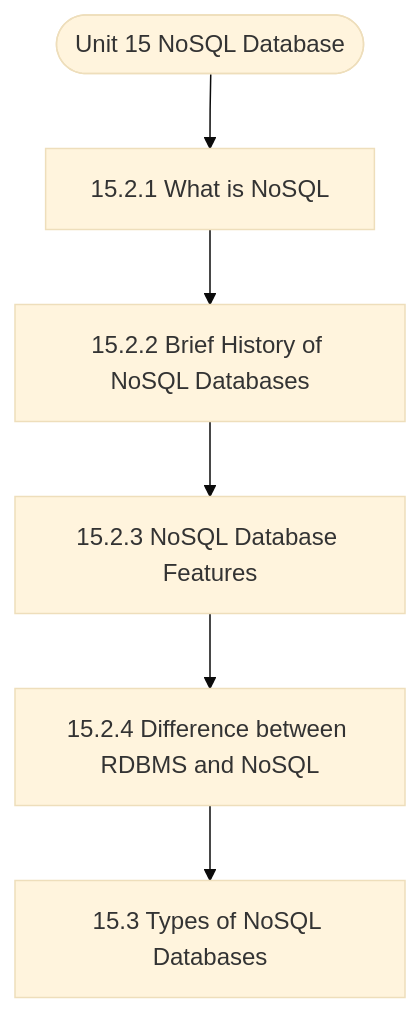
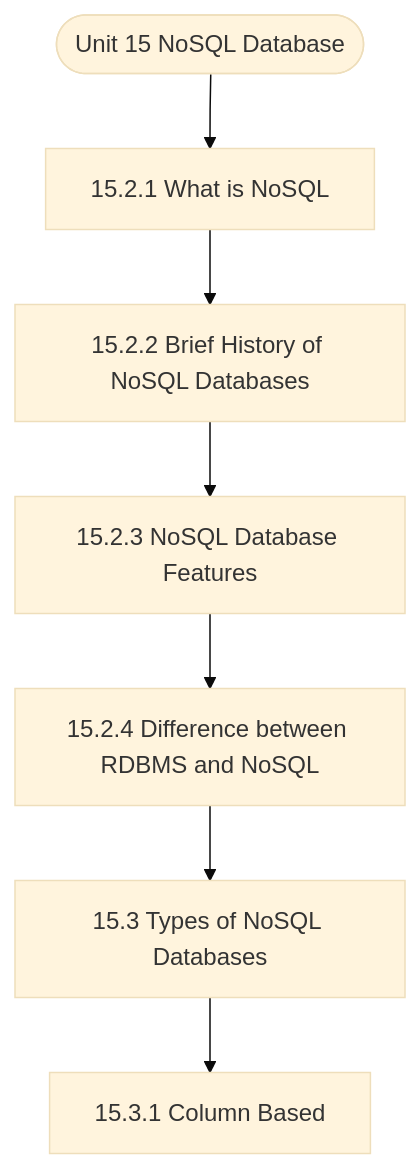
The diagram in notes/Semester_1/MCS-207_Database_Management_Systems/unit_15_NoSQL_Database.md (Asutosh-Coaching/mscdsa), drawn with Mermaid (base theme) before and after one commit. The commit also changed other lines of this file and 116 other files, not shown here.

````diff
--- a/notes/Semester_1/MCS-207_Database_Management_Systems/unit_15_NoSQL_Database.md
+++ b/notes/Semester_1/MCS-207_Database_Management_Systems/unit_15_NoSQL_Database.md
@@ -19,14 +19,16 @@
 ```mermaid
 flowchart TD
   Start(["Unit 15 NoSQL Database"])
   N1["15.2.1 What is NoSQL"]
   N2["15.2.2 Brief History of NoSQL Databases"]
   N3["15.2.3 NoSQL Database Features"]
   N4["15.2.4 Difference between RDBMS and NoSQL"]
   N5["15.3 Types of NoSQL Databases"]
+  N6["15.3.1 Column Based"]
   Start --> N1
   N1 --> N2
   N2 --> N3
   N3 --> N4
   N4 --> N5
+  N5 --> N6
 ```
````
